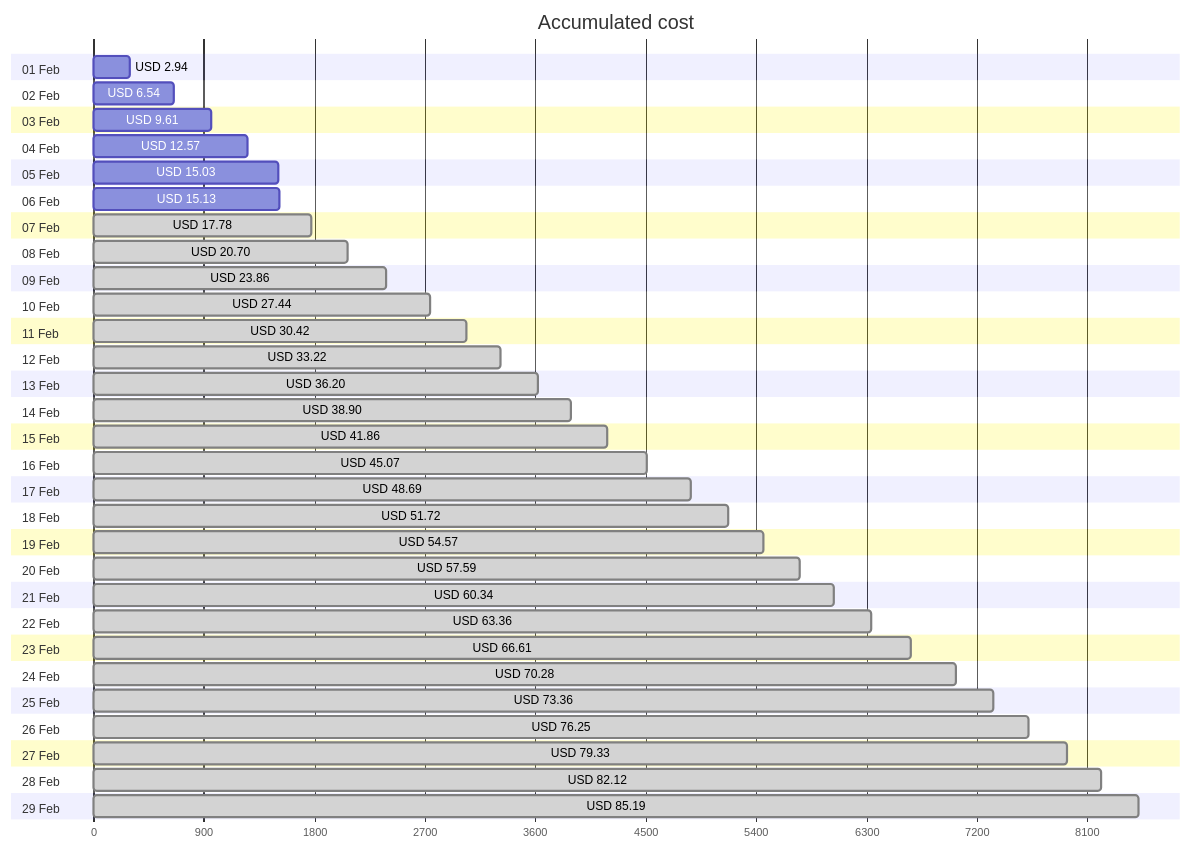
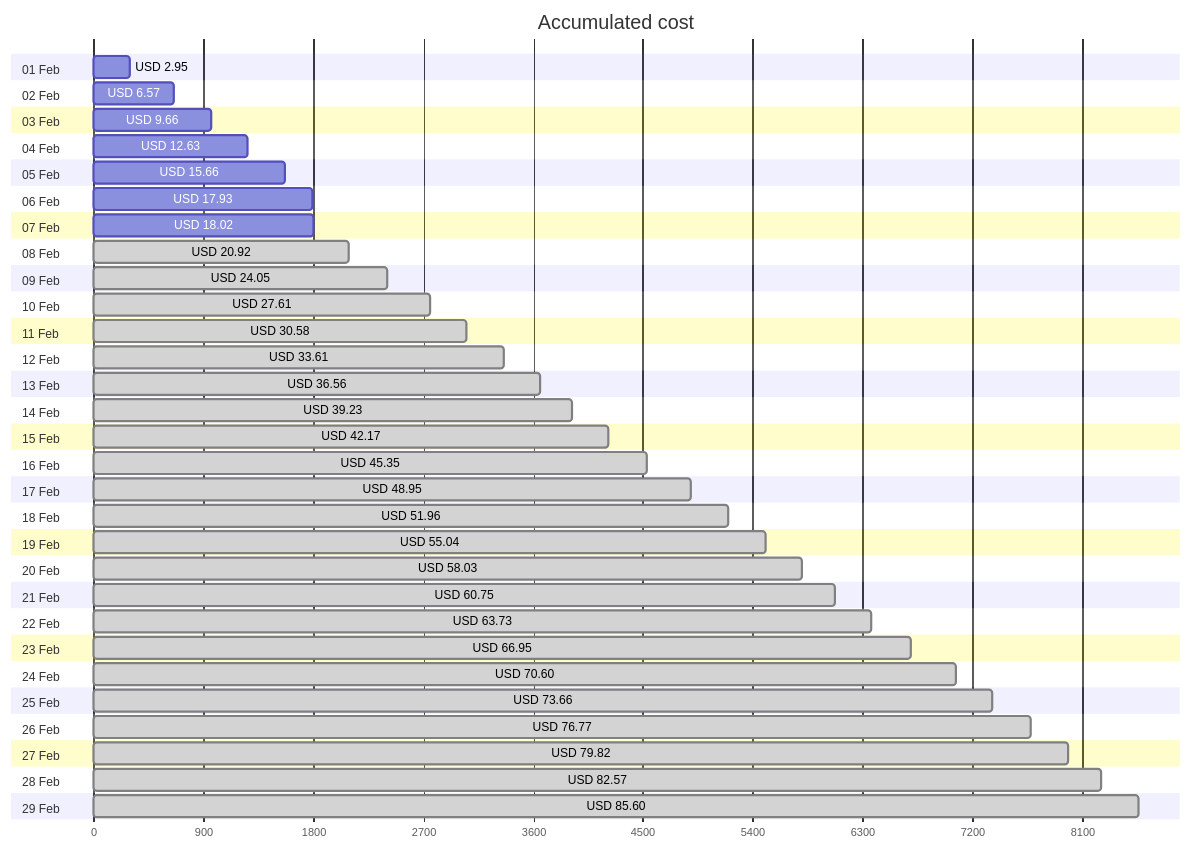
The first of 4 diagrams in cost-reports/accumulated-cost.md (jpfulton/azure-personal-reports), drawn with Mermaid before and after one commit. The commit also changed other lines of this file and 4 other files, not shown here.

````diff
--- a/cost-reports/accumulated-cost.md
+++ b/cost-reports/accumulated-cost.md
@@ -20,64 +20,64 @@
 ```mermaid
 gantt
    title Accumulated cost
    dateFormat  X
    axisFormat %s
    section 01 Feb
-   USD 2.94 :0, 294
+   USD 2.95 :0, 295
    section 02 Feb
-   USD 6.54 :0, 654
+   USD 6.57 :0, 657
    section 03 Feb
-   USD 9.61 :0, 961
+   USD 9.66 :0, 966
    section 04 Feb
-   USD 12.57 :0, 1257
+   USD 12.63 :0, 1263
    section 05 Feb
-   USD 15.03 :0, 1503
+   USD 15.66 :0, 1566
    section 06 Feb
-   USD 15.13 :0, 1513
+   USD 17.93 :0, 1793
    section 07 Feb
-   USD 17.78 : done, 0, 1778
+   USD 18.02 :0, 1802
    section 08 Feb
-   USD 20.70 : done, 0, 2070
+   USD 20.92 : done, 0, 2092
    section 09 Feb
-   USD 23.86 : done, 0, 2386
+   USD 24.05 : done, 0, 2405
    section 10 Feb
-   USD 27.44 : done, 0, 2744
+   USD 27.61 : done, 0, 2761
    section 11 Feb
-   USD 30.42 : done, 0, 3042
+   USD 30.58 : done, 0, 3058
    section 12 Feb
-   USD 33.22 : done, 0, 3322
+   USD 33.61 : done, 0, 3361
    section 13 Feb
-   USD 36.20 : done, 0, 3620
+   USD 36.56 : done, 0, 3656
    section 14 Feb
-   USD 38.90 : done, 0, 3890
+   USD 39.23 : done, 0, 3923
    section 15 Feb
-   USD 41.86 : done, 0, 4186
+   USD 42.17 : done, 0, 4217
    section 16 Feb
-   USD 45.07 : done, 0, 4507
+   USD 45.35 : done, 0, 4535
    section 17 Feb
-   USD 48.69 : done, 0, 4869
+   USD 48.95 : done, 0, 4895
    section 18 Feb
-   USD 51.72 : done, 0, 5172
+   USD 51.96 : done, 0, 5196
    section 19 Feb
-   USD 54.57 : done, 0, 5457
+   USD 55.04 : done, 0, 5504
    section 20 Feb
-   USD 57.59 : done, 0, 5759
+   USD 58.03 : done, 0, 5803
    section 21 Feb
-   USD 60.34 : done, 0, 6034
+   USD 60.75 : done, 0, 6075
    section 22 Feb
-   USD 63.36 : done, 0, 6336
+   USD 63.73 : done, 0, 6373
    section 23 Feb
-   USD 66.61 : done, 0, 6661
+   USD 66.95 : done, 0, 6695
    section 24 Feb
-   USD 70.28 : done, 0, 7028
+   USD 70.60 : done, 0, 7060
    section 25 Feb
-   USD 73.36 : done, 0, 7336
+   USD 73.66 : done, 0, 7366
    section 26 Feb
-   USD 76.25 : done, 0, 7625
+   USD 76.77 : done, 0, 7677
    section 27 Feb
-   USD 79.33 : done, 0, 7933
+   USD 79.82 : done, 0, 7982
    section 28 Feb
-   USD 82.12 : done, 0, 8212
+   USD 82.57 : done, 0, 8257
    section 29 Feb
-   USD 85.19 : done, 0, 8519
+   USD 85.60 : done, 0, 8560
 ```
````
